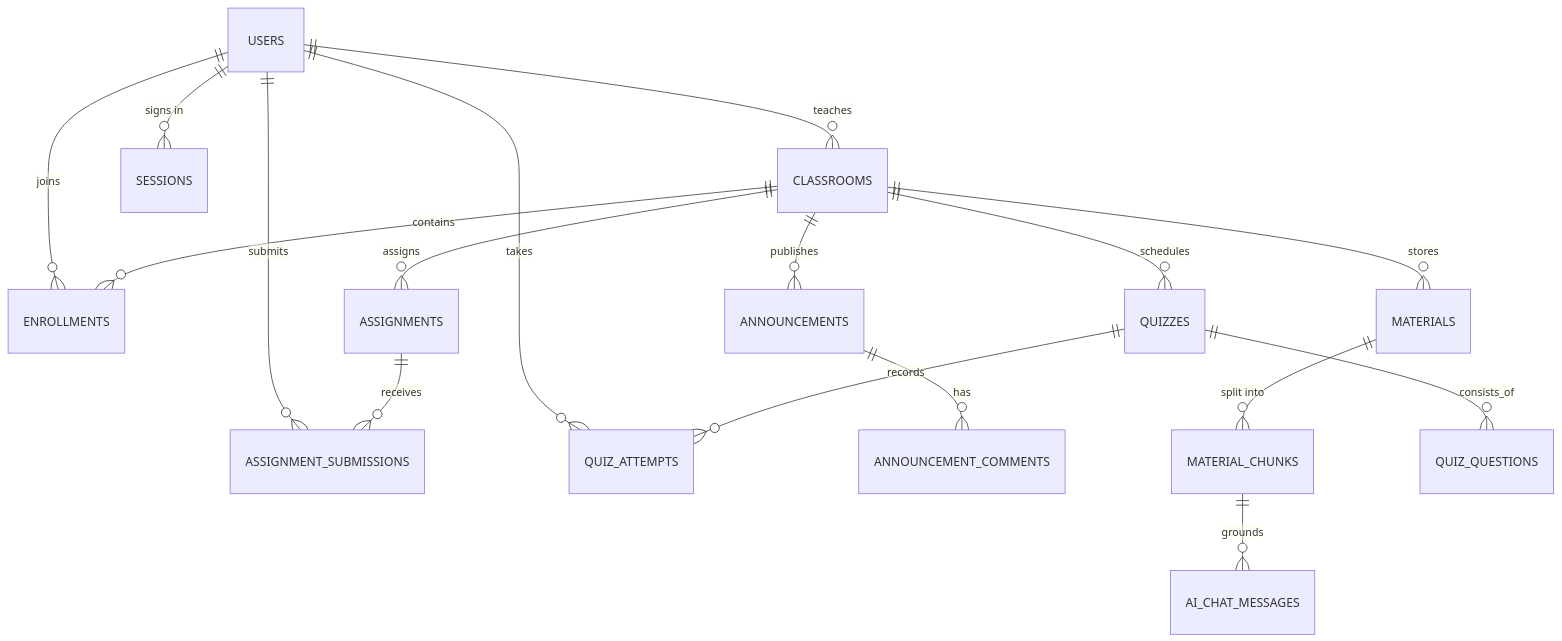
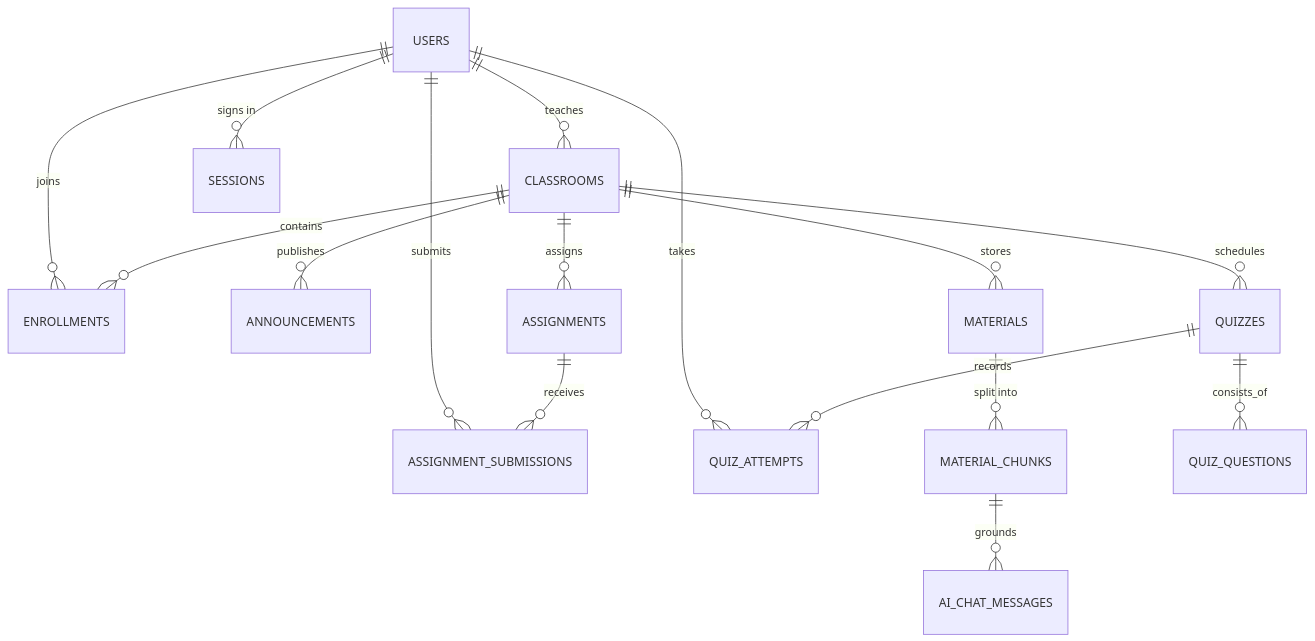
The fourth of 5 diagrams in docs/PRD.md (BootlegYouki/L.A.R.A), drawn with Mermaid before and after one commit. The commit also changed other lines of this file and 13 other files, not shown here.

````diff
--- a/docs/PRD.md
+++ b/docs/PRD.md
@@ -289,21 +289,20 @@
 ```mermaid
 erDiagram
  USERS ||--o{ CLASSROOMS : "teaches"
  USERS ||--o{ ENROLLMENTS : "joins"
  USERS ||--o{ ASSIGNMENT_SUBMISSIONS : "submits"
  USERS ||--o{ QUIZ_ATTEMPTS : "takes"
  USERS ||--o{ SESSIONS : "signs in"
 
  CLASSROOMS ||--o{ ENROLLMENTS : "contains"
  CLASSROOMS ||--o{ ANNOUNCEMENTS : "publishes"
  CLASSROOMS ||--o{ MATERIALS : "stores"
  CLASSROOMS ||--o{ ASSIGNMENTS : "assigns"
  CLASSROOMS ||--o{ QUIZZES : "schedules"
 
- ANNOUNCEMENTS ||--o{ ANNOUNCEMENT_COMMENTS : "has"
  MATERIALS ||--o{ MATERIAL_CHUNKS : "split into"
  ASSIGNMENTS ||--o{ ASSIGNMENT_SUBMISSIONS : "receives"
  QUIZZES ||--o{ QUIZ_QUESTIONS : "consists_of"
  QUIZZES ||--o{ QUIZ_ATTEMPTS : "records"
  MATERIAL_CHUNKS ||--o{ AI_CHAT_MESSAGES : "grounds"
 ```
````
